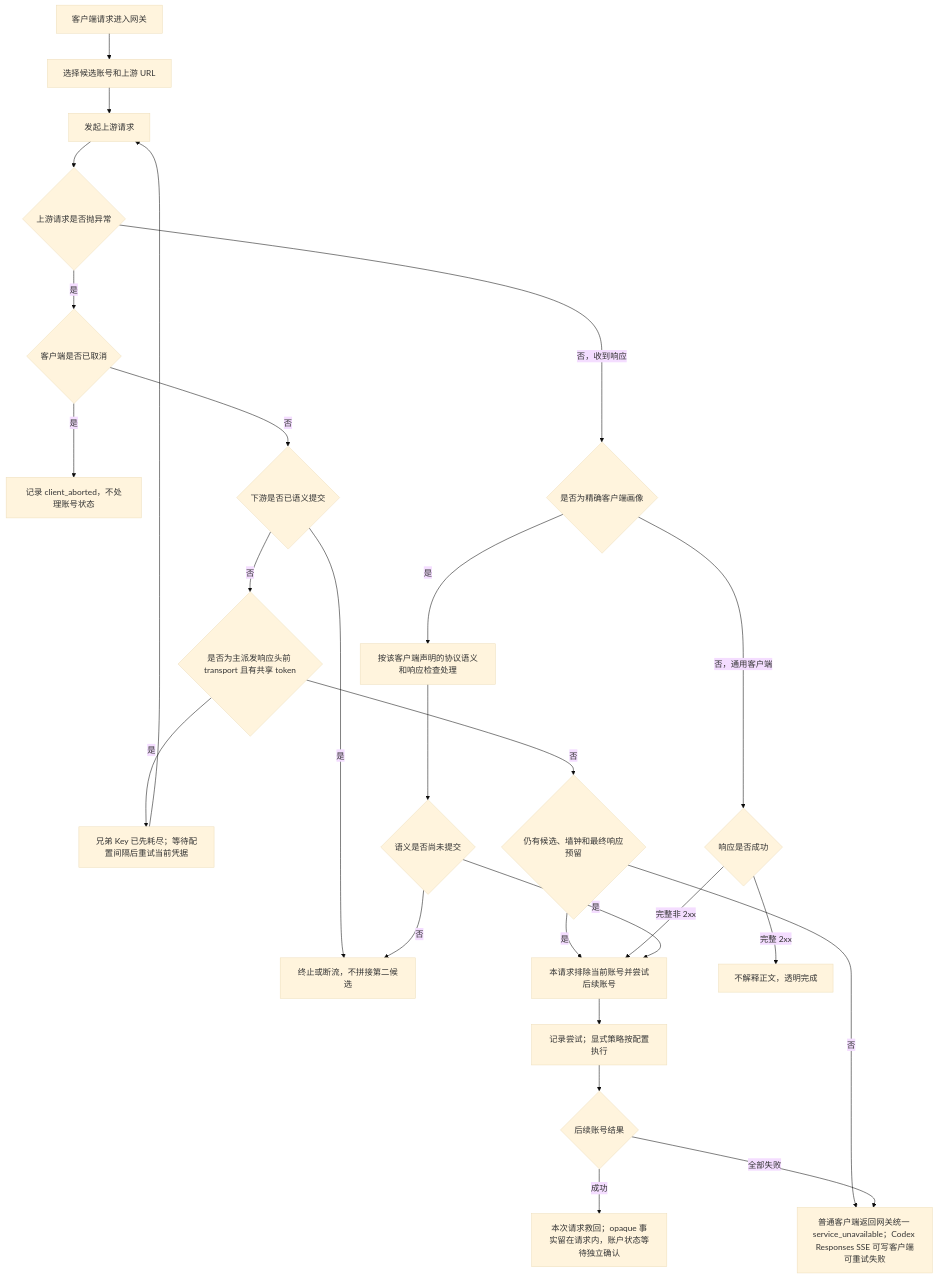
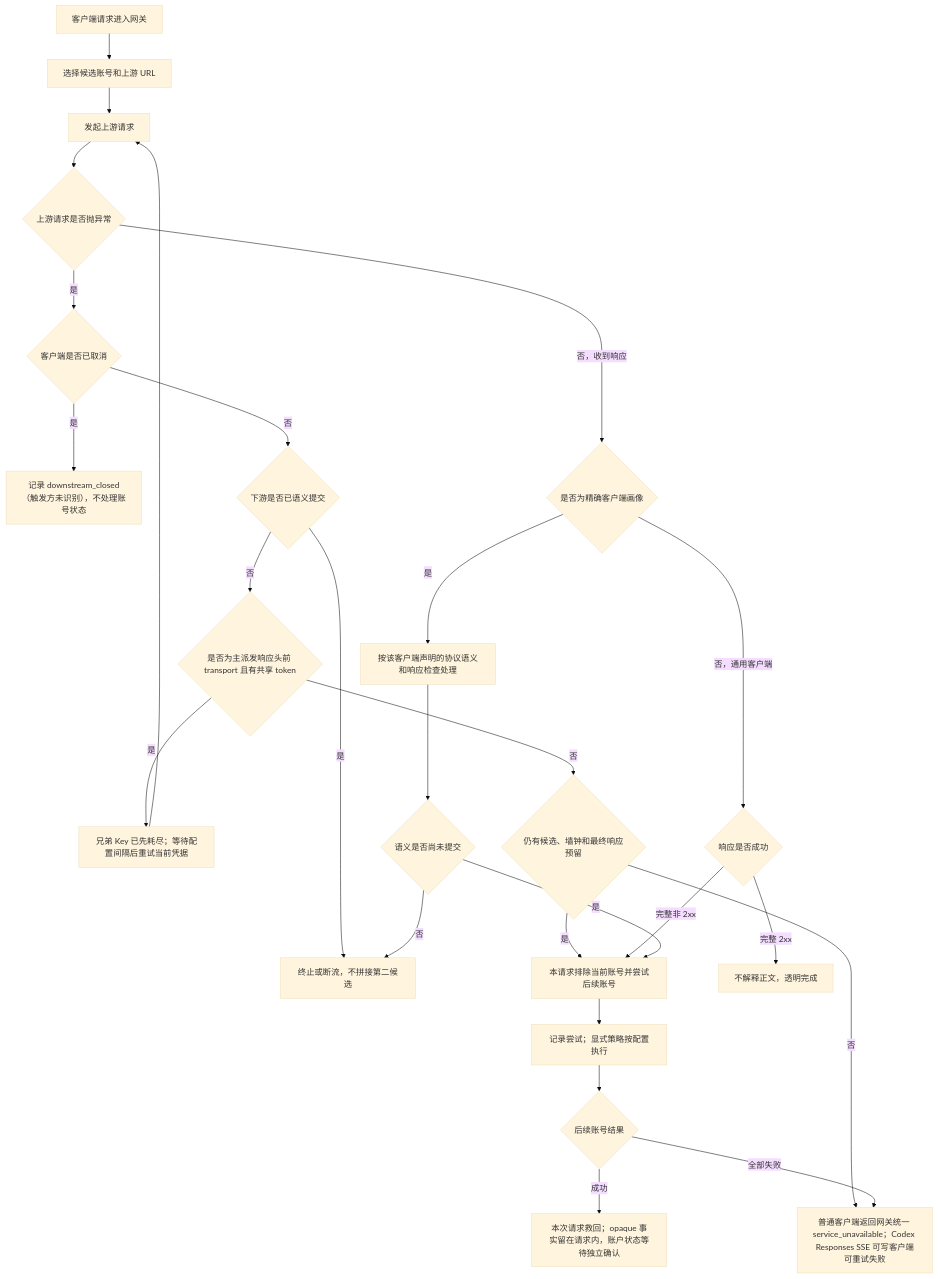
Before and after one commit to huanmin123/juhe-ai: the first of 3 diagrams in docs/functions/网关异常重试与兜底策略.md, drawn with Mermaid (base theme). The commit also changed other lines of this file and 64 other files, not shown here.

````diff
--- a/docs/functions/网关异常重试与兜底策略.md
+++ b/docs/functions/网关异常重试与兜底策略.md
@@ -59,29 +59,29 @@
 ```mermaid
 flowchart TD
   A["客户端请求进入网关"] --> B["选择候选账号和上游 URL"]
   B --> C["发起上游请求"]
   C --> D{"上游请求是否抛异常"}
   D -- "是" --> E{"客户端是否已取消"}
-  E -- "是" --> F["记录 client_aborted，不处理账号状态"]
+  E -- "是" --> F["记录 downstream_closed（触发方未识别），不处理账号状态"]
   E -- "否" --> Q{"下游是否已语义提交"}
   Q -- "是" --> S["终止或断流，不拼接第二候选"]
   Q -- "否" --> I{"是否为主派发响应头前 transport 且有共享 token"}
   I -- "是" --> I1["兄弟 Key 已先耗尽；等待配置间隔后重试当前凭据"]
   I -- "否" --> I2{"仍有候选、墙钟和最终响应预留"}
   I2 -- "是" --> X
   I2 -- "否" --> W
 
   D -- "否，收到响应" --> J{"是否为精确客户端画像"}
   J -- "否，通用客户端" --> G{"响应是否成功"}
   G -- "完整 2xx" --> K["不解释正文，透明完成"]
   G -- "完整非 2xx" --> X["只在本请求排除当前 Key/账号并尝试后续候选"]
   J -- "是" --> L["按该客户端声明的协议语义和响应检查处理"]
   L --> R{"语义是否尚未提交"}
   R -- "是" --> X["本请求排除当前账号并尝试后续账号"]
   R -- "否" --> S
   X --> P["记录尝试；显式策略按配置执行"]
   P --> T{"后续账号结果"}
   I1 --> C
   T -- "成功" --> U["本次请求救回；opaque 事实留在请求内，账户状态等待独立确认"]
   T -- "全部失败" --> W["普通客户端返回网关统一 service_unavailable；Codex Responses SSE 可写客户端可重试失败"]
 ```
````
